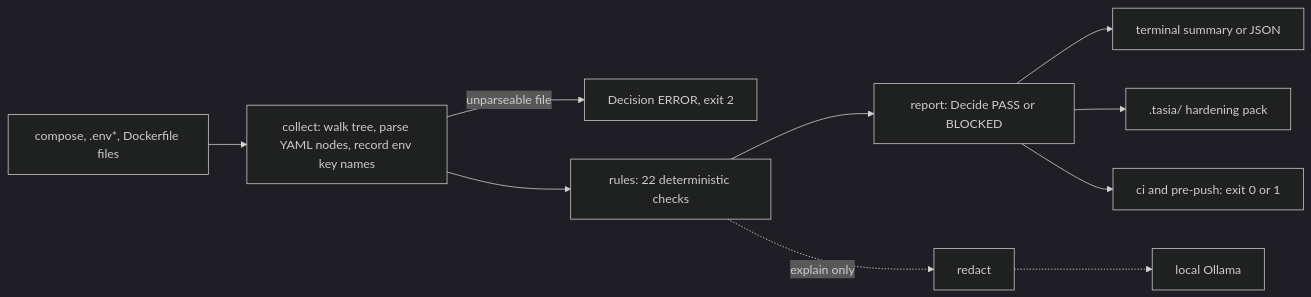
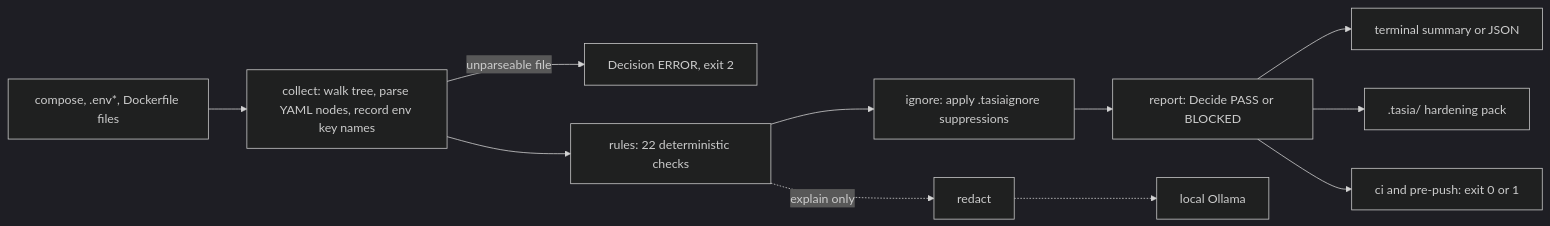
One commit to joeyvictorino/tasia changed the diagram in README.md. Above: the diagram before and after it, drawn with Mermaid (dark theme). The commit also changed other lines of this file and 1 other file, not shown here.

First line of the commit message:
docs: document .tasiaignore in README, update roadmap and architecture

````diff
--- a/README.md
+++ b/README.md
@@ -116,11 +138,12 @@
 ```mermaid
 flowchart LR
   F["compose, .env*, Dockerfile files"] --> C["collect: walk tree, parse YAML nodes, record env key names"]
   C -- "unparseable file" --> X["Decision ERROR, exit 2"]
   C --> R["rules: 22 deterministic checks"]
-  R --> D["report: Decide PASS or BLOCKED"]
+  R --> I["ignore: apply .tasiaignore suppressions"]
+  I --> D["report: Decide PASS or BLOCKED"]
   D --> T["terminal summary or JSON"]
   D --> P[".tasia/ hardening pack"]
   D --> G["ci and pre-push: exit 0 or 1"]
   R -. "explain only" .-> RD["redact"] -.-> O["local Ollama"]
 ```
````
